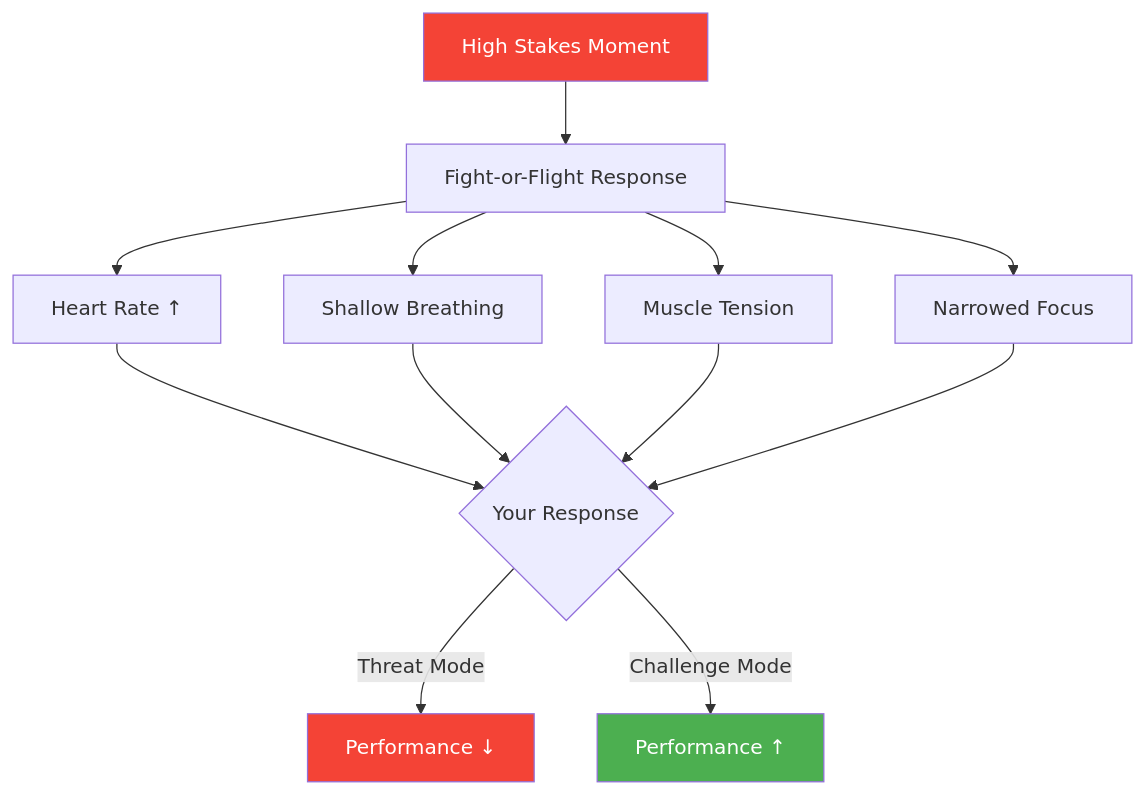
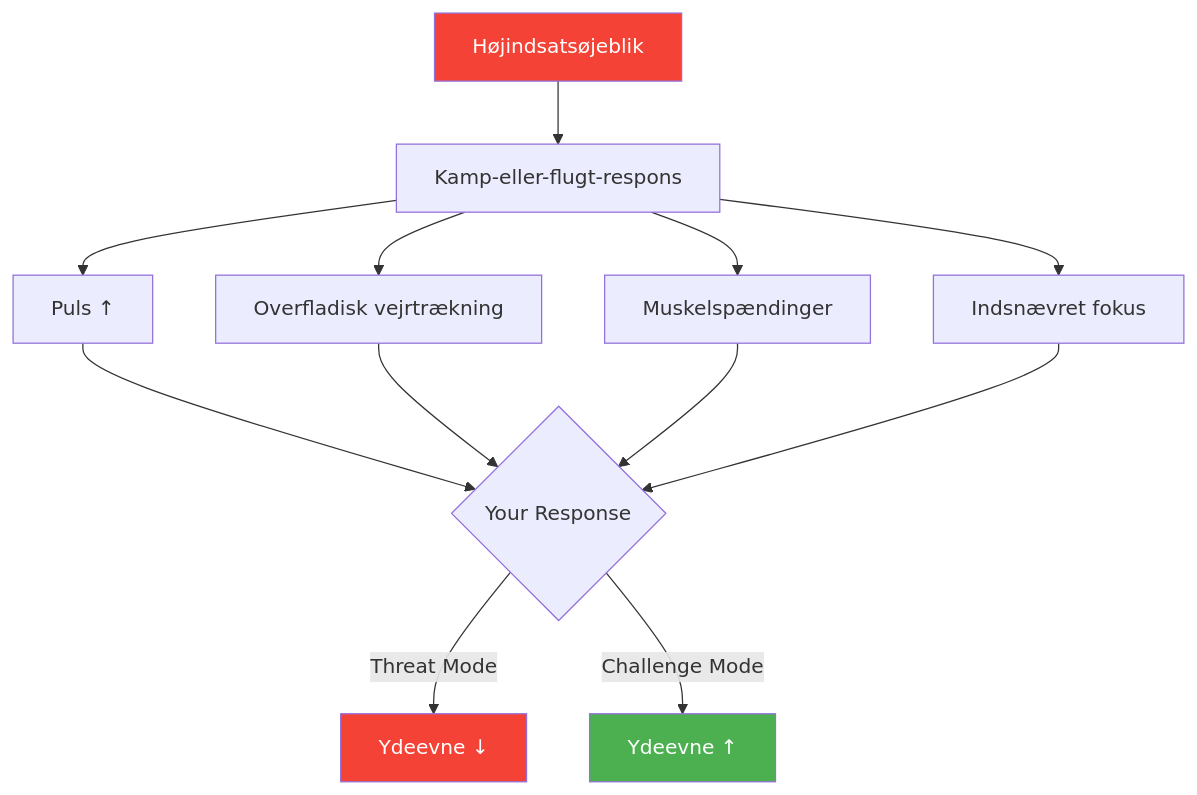
The diagram in docs/da/articles/pressure-management.md (patwii/petanque-academy), drawn with Mermaid before and after one commit. The commit also changed other lines of this file and 550 other files, not shown here.

````diff
--- a/docs/da/articles/pressure-management.md
+++ b/docs/da/articles/pressure-management.md
@@ -22,20 +22,20 @@
 ```mermaid
 flowchart TD
-    A[High Stakes Moment] --> B[Fight-or-Flight Response]
-    B --> C[Heart Rate ↑]
-    B --> D[Shallow Breathing]
-    B --> E[Muscle Tension]
-    B --> F[Narrowed Focus]
+    A[Højindsatsøjeblik] --> B[Kamp-eller-flugt-respons]
+    B --> C[Puls ↑]
+    B --> D[Overfladisk vejrtrækning]
+    B --> E[Muskelspændinger]
+    B --> F[Indsnævret fokus]
 
     C --> G{Your Response}
     D --> G
     E --> G
     F --> G
 
-    G -->|Threat Mode| H[Performance ↓]
-    G -->|Challenge Mode| I[Performance ↑]
+    G -->|Threat Mode| H[Ydeevne ↓]
+    G -->|Challenge Mode| I[Ydeevne ↑]
 
     style A fill:#f44336,color:#fff
     style H fill:#f44336,color:#fff
     style I fill:#4CAF50,color:#fff
 ```
````
